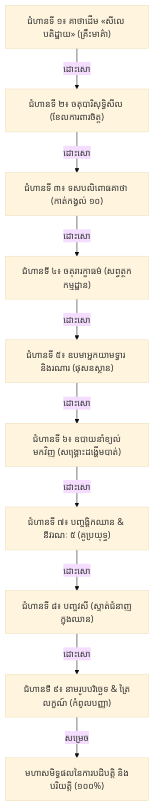
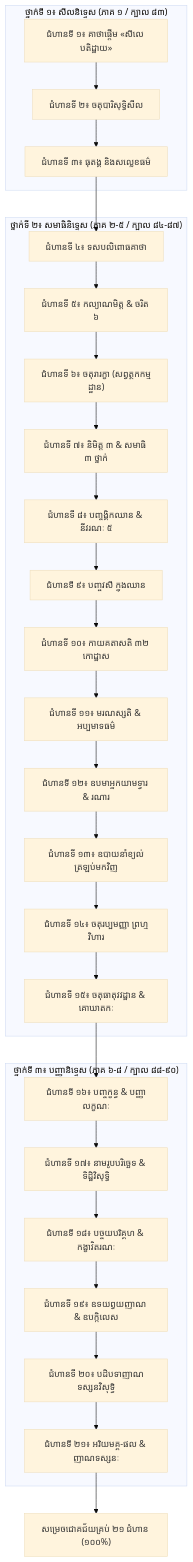
Before and after one commit to eek-dataguy/Visuddhimagga-Guide: the diagram in VISUDDHIMAGGA_CITATION_AND_PARIYATTI_STONES.md, drawn with Mermaid (base theme). The commit also changed other lines of this file and 5 other files, not shown here.

````diff
--- a/VISUDDHIMAGGA_CITATION_AND_PARIYATTI_STONES.md
+++ b/VISUDDHIMAGGA_CITATION_AND_PARIYATTI_STONES.md
@@ -47,12 +18,33 @@
 ```mermaid
 flowchart TD
-    S1["ជំហានទី ១៖ គាថាដើម «សីលេ បតិដ្ឋាយ» (គ្រឹះមាគ៌ា)"] -->|ដោះសោ| S2["ជំហានទី ២៖ ចតុបារិសុទ្ធិសីល (ខែលការពារចិត្ត)"]
-    S2 -->|ដោះសោ| S3["ជំហានទី ៣៖ ទសបលិពោធគាថា (កាត់កង្វល់ ១០)"]
-    S3 -->|ដោះសោ| S4["ជំហានទី ៤៖ ចតុរារក្ខាធម៌ (សព្វត្ថកកម្មដ្ឋាន)"]
-    S4 -->|ដោះសោ| S5["ជំហានទី ៥៖ ឧបមាអ្នកយាមទ្វារ និងរណារ (ផុសនស្ថាន)"]
-    S5 -->|ដោះសោ| S6["ជំហានទី ៦៖ ឧបាយនាំខ្យល់មកវិញ (សង្គ្រោះដង្ហើមបាត់)"]
-    S6 -->|ដោះសោ| S7["ជំហានទី ៧៖ បញ្ចង្គិកឈាន & នីវរណៈ ៥ (គូប្រយុទ្ធ)"]
-    S7 -->|ដោះសោ| S8["ជំហានទី ៨៖ បញ្ចវសី (ស្ទាត់ជំនាញក្នុងឈាន)"]
-    S8 -->|ដោះសោ| S9["ជំហានទី ៩៖ នាមរូបបរិច្ឆេទ & ត្រៃលក្ខណ៍ (កំពូលបញ្ញា)"]
-    S9 -->|សម្រេច| WIN["មហាសមិទ្ធផលនៃការបដិបត្តិ និងបរិយត្តិ (១០០%)"]
+    subgraph Sīla["ថ្នាក់ទី ១៖ សីលនិទ្ទេស (ភាគ ១ / ក្បាល ៨៣)"]
+        S1["ជំហានទី ១៖ គាថាផ្តើម «សីលេ បតិដ្ឋាយ»"] --> S2["ជំហានទី ២៖ ចតុបារិសុទ្ធិសីល"]
+        S2 --> S3["ជំហានទី ៣៖ ធុតង្គ និងសល្លេខធម៌"]
+    end
+
+    subgraph Samādhi["ថ្នាក់ទី ២៖ សមាធិនិទ្ទេស (ភាគ ២-៥ / ក្បាល ៨៤-៨៧)"]
+        S3 --> S4["ជំហានទី ៤៖ ទសបលិពោធគាថា"]
+        S4 --> S5["ជំហានទី ៥៖ កល្យាណមិត្ត & ចរិត ៦"]
+        S5 --> S6["ជំហានទី ៦៖ ចតុរារក្ខា (សព្វត្ថកកម្មដ្ឋាន)"]
+        S6 --> S7["ជំហានទី ៧៖ និមិត្ត ៣ & សមាធិ ៣ ថ្នាក់"]
+        S7 --> S8["ជំហានទី ៨៖ បញ្ចង្គិកឈាន & នីវរណៈ ៥"]
+        S8 --> S9["ជំហានទី ៩៖ បញ្ចវសី ក្នុងឈាន"]
+        S9 --> S10["ជំហានទី ១០៖ កាយគតាសតិ ៣២ កោដ្ឋាស"]
+        S10 --> S11["ជំហានទី ១១៖ មរណស្សតិ & អប្បមាទធម៌"]
+        S11 --> S12["ជំហានទី ១២៖ ឧបមាអ្នកយាមទ្វារ & រណារ"]
+        S12 --> S13["ជំហានទី ១៣៖ ឧបាយនាំខ្យល់ត្រឡប់មកវិញ"]
+        S13 --> S14["ជំហានទី ១៤៖ ចតុរប្បមញ្ញា ព្រហ្មវិហារ"]
+        S14 --> S15["ជំហានទី ១៥៖ ចតុធាតុវវដ្ឋាន & គោឃាតកៈ"]
+    end
+
+    subgraph Paññā["ថ្នាក់ទី ៣៖ បញ្ញានិទ្ទេស (ភាគ ៦-៨ / ក្បាល ៨៨-៩០)"]
+        S15 --> S16["ជំហានទី ១៦៖ បញ្ចក្ខន្ធ & បញ្ញាលក្ខណៈ"]
+        S16 --> S17["ជំហានទី ១៧៖ នាមរូបបរិច្ឆេទ & ទិដ្ឋិវិសុទ្ធិ"]
+        S17 --> S18["ជំហានទី ១៨៖ បច្ចយបរិគ្គហ & កង្ខាវិតរណៈ"]
+        S18 --> S19["ជំហានទី ១៩៖ ឧទយព្វយញាណ & ឧបក្កិលេស"]
+        S19 --> S20["ជំហានទី ២០៖ បដិបទាញាណទស្សនវិសុទ្ធិ"]
+        S20 --> S21["ជំហានទី ២១៖ អរិយមគ្គ-ផល & ញាណទស្សនៈ"]
+    end
+
+    S21 --> WIN["សម្រេចជោគជ័យគ្រប់ ២១ ជំហាន (១០០%)"]
 ```
````
